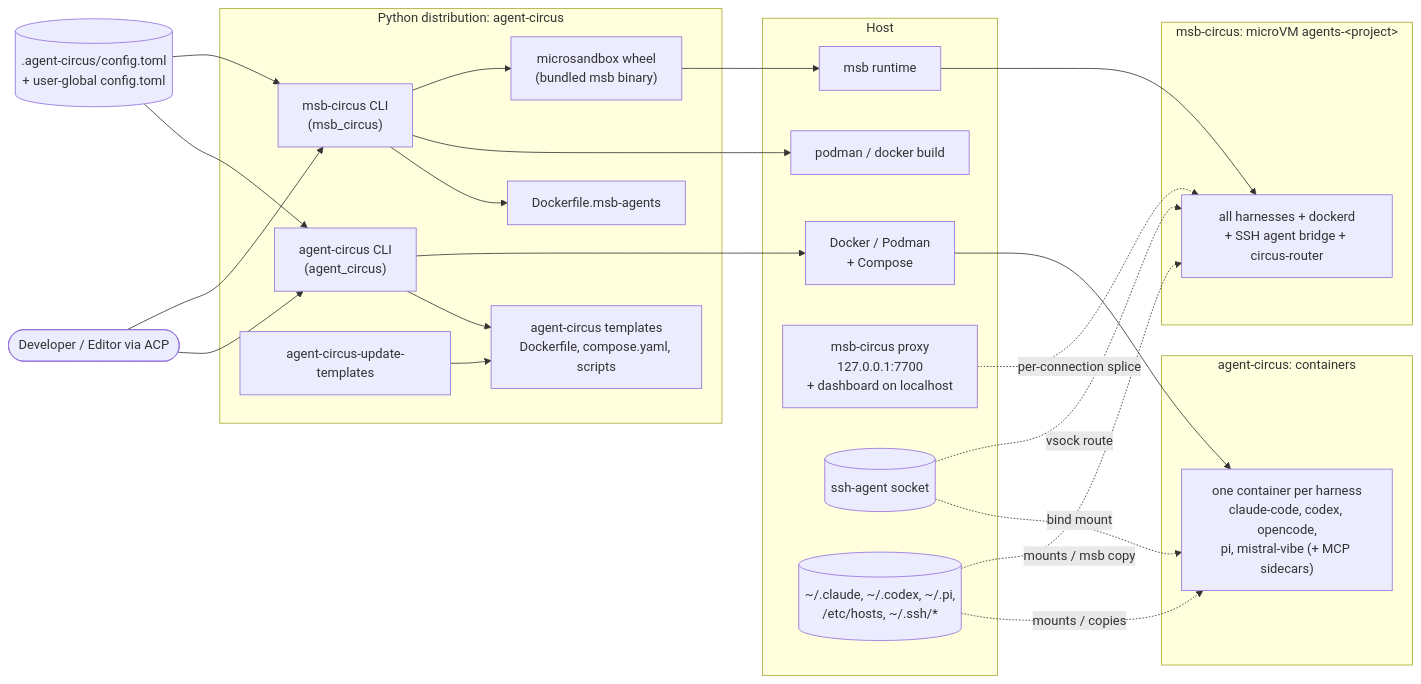
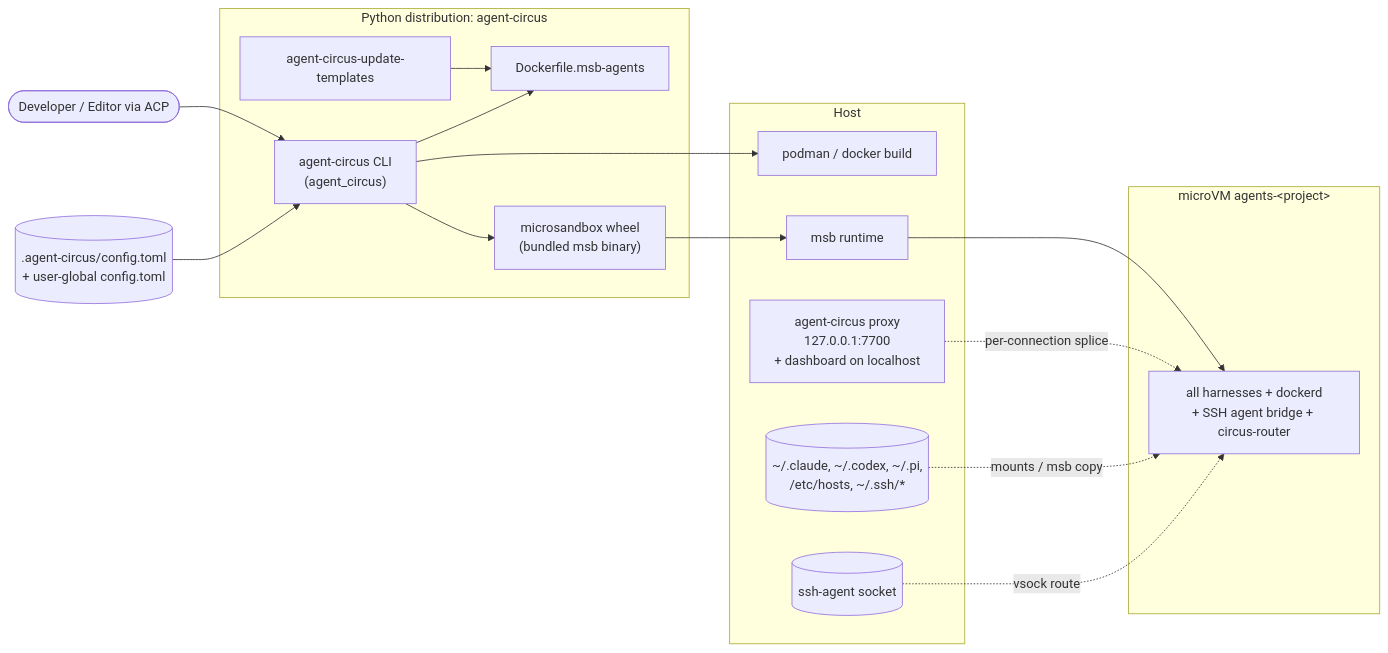
The first of 6 diagrams in ARCHITECTURE.md (Embedded-Focus/agent-circus), drawn with Mermaid before and after one commit. The commit also changed other lines of this file and 4 other files, not shown here.

````diff
--- a/ARCHITECTURE.md
+++ b/ARCHITECTURE.md
@@ -59,47 +48,34 @@
 ```mermaid
 flowchart LR
     user([Developer / Editor via ACP])
     cfg[(".agent-circus/config.toml<br/>+ user-global config.toml")]
 
     subgraph pkg["Python distribution: agent-circus"]
         ac["agent-circus CLI<br/>(agent_circus)"]
-        mc["msb-circus CLI<br/>(msb_circus)"]
         upd["agent-circus-update-templates"]
-        tpl_ac["agent-circus templates<br/>Dockerfile, compose.yaml, scripts"]
         tpl_mc["Dockerfile.msb-agents"]
         msbwheel["microsandbox wheel<br/>(bundled msb binary)"]
     end
 
     subgraph host["Host"]
-        engine["Docker / Podman<br/>+ Compose"]
         builder["podman / docker build"]
         msb["msb runtime"]
-        proxy["msb-circus proxy<br/>127.0.0.1:7700<br/>+ dashboard on localhost"]
+        proxy["agent-circus proxy<br/>127.0.0.1:7700<br/>+ dashboard on localhost"]
         agent[(ssh-agent socket)]
         hostfiles[("~/.claude, ~/.codex, ~/.pi,<br/>/etc/hosts, ~/.ssh/*")]
     end
 
-    subgraph containers["agent-circus: containers"]
-        svc["one container per harness<br/>claude-code, codex, opencode,<br/>pi, mistral-vibe (+ MCP sidecars)"]
-    end
-
-    subgraph vm["msb-circus: microVM agents-&lt;project&gt;"]
+    subgraph vm["microVM agents-&lt;project&gt;"]
         guest["all harnesses + dockerd<br/>+ SSH agent bridge + circus-router"]
     end
 
     user --> ac
-    user --> mc
     cfg --> ac
-    cfg --> mc
-    ac --> tpl_ac
-    ac --> engine --> svc
-    upd --> tpl_ac
-    mc --> tpl_mc
-    mc --> builder
-    mc --> msbwheel --> msb --> guest
+    upd --> tpl_mc
+    ac --> tpl_mc
+    ac --> builder
+    ac --> msbwheel --> msb --> guest
     proxy -. per-connection splice .-> guest
-    hostfiles -. mounts / copies .-> svc
     hostfiles -. mounts / msb copy .-> guest
-    agent -. bind mount .-> svc
     agent -. vsock route .-> guest
 ```
````
